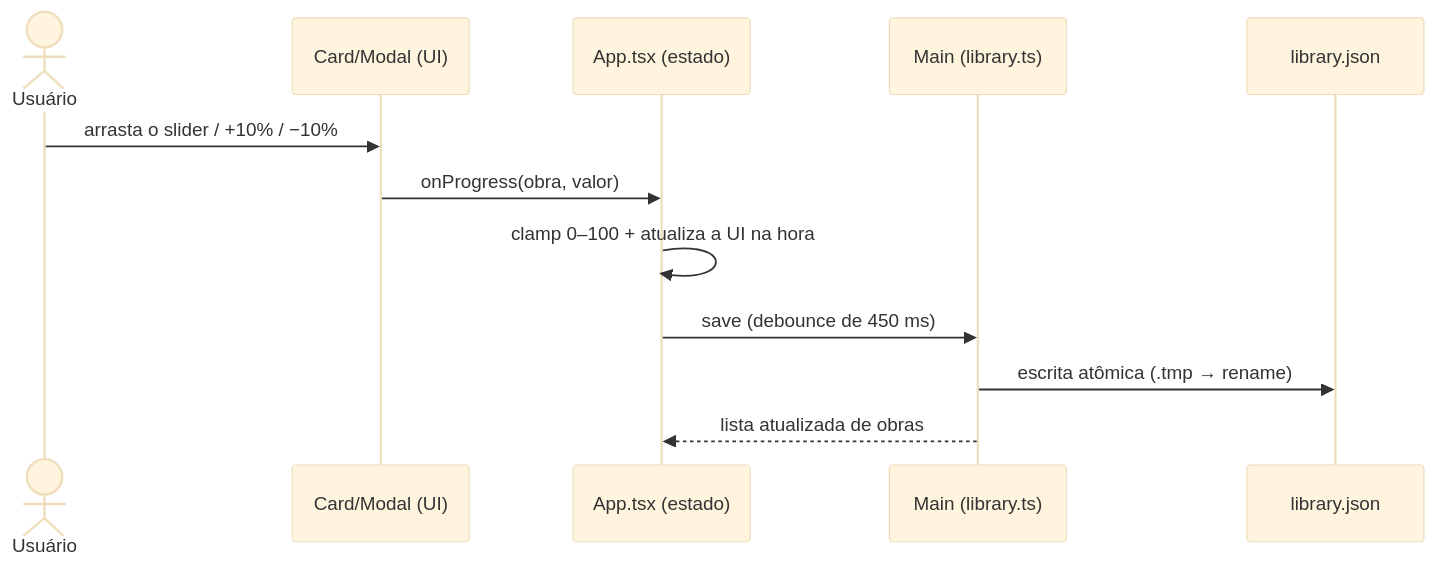
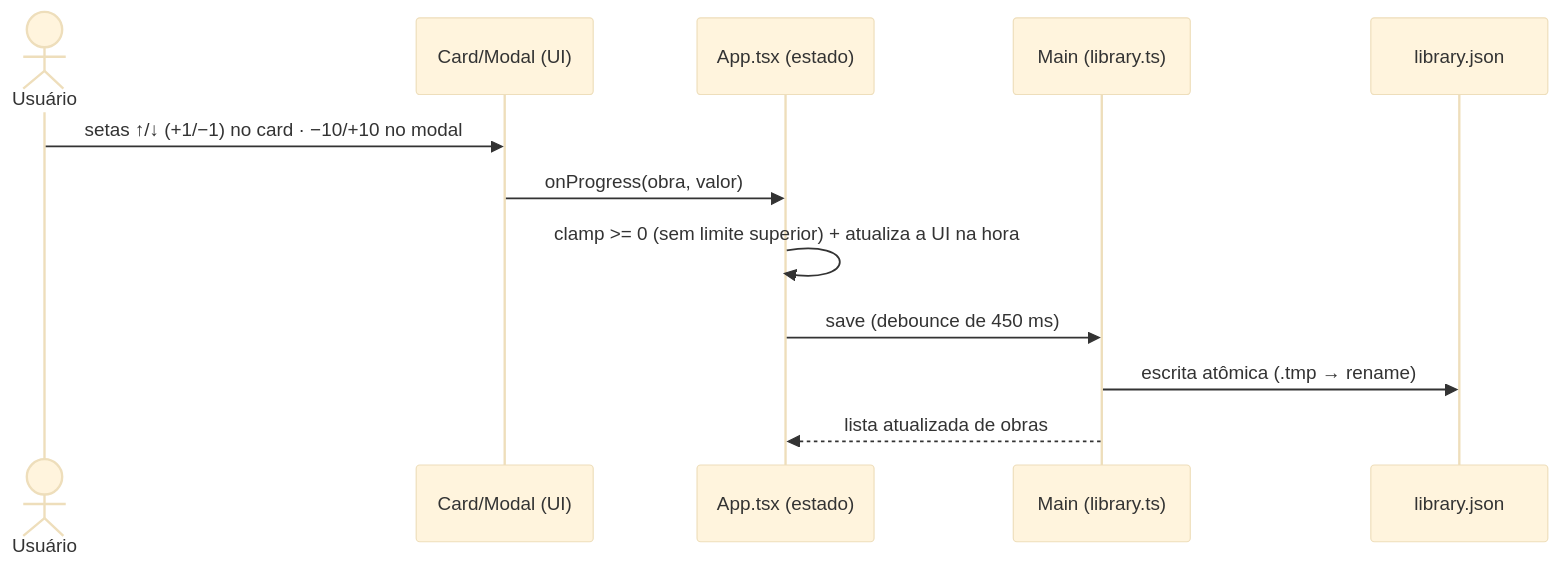
Before and after one commit to chronos-atalante/chronos-biblioteca: the third of 5 diagrams in README.md, drawn with Mermaid (base theme). The commit also changed other lines of this file and 9 other files, not shown here.

````diff
--- a/README.md
+++ b/README.md
@@ -199,15 +210,15 @@
 ```mermaid
 sequenceDiagram
     actor U as Usuário
     participant C as Card/Modal (UI)
     participant A as App.tsx (estado)
     participant M as Main (library.ts)
     participant D as library.json
 
-    U->>C: arrasta o slider / +10% / −10%
+    U->>C: setas ↑/↓ (+1/−1) no card · −10/+10 no modal
     C->>A: onProgress(obra, valor)
-    A->>A: clamp 0–100 + atualiza a UI na hora
+    A->>A: clamp >= 0 (sem limite superior) + atualiza a UI na hora
     A->>M: save (debounce de 450 ms)
     M->>D: escrita atômica (.tmp → rename)
     M-->>A: lista atualizada de obras
 ```
````
